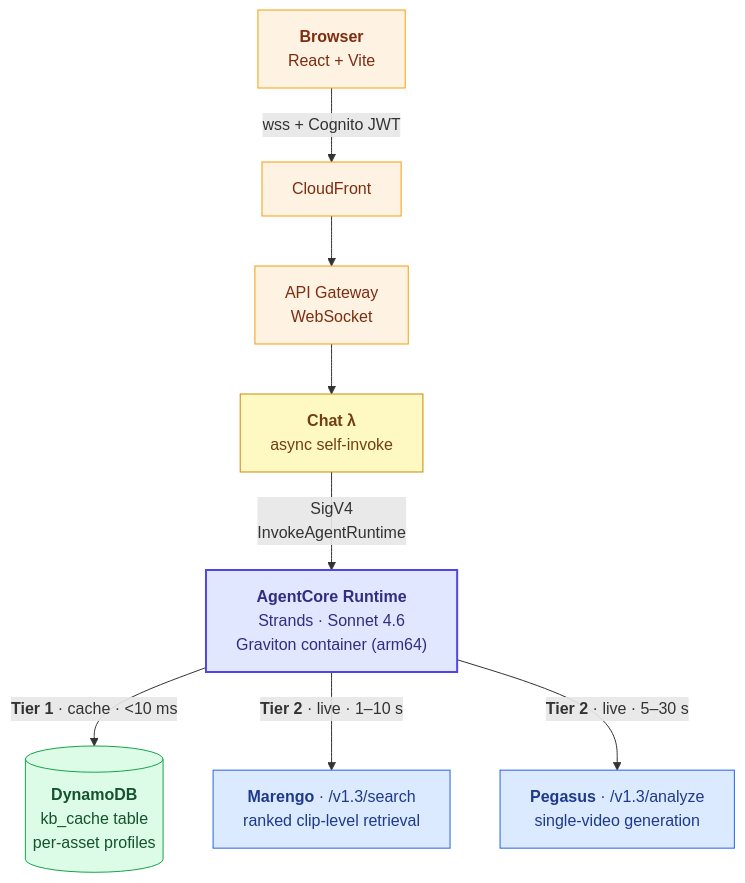
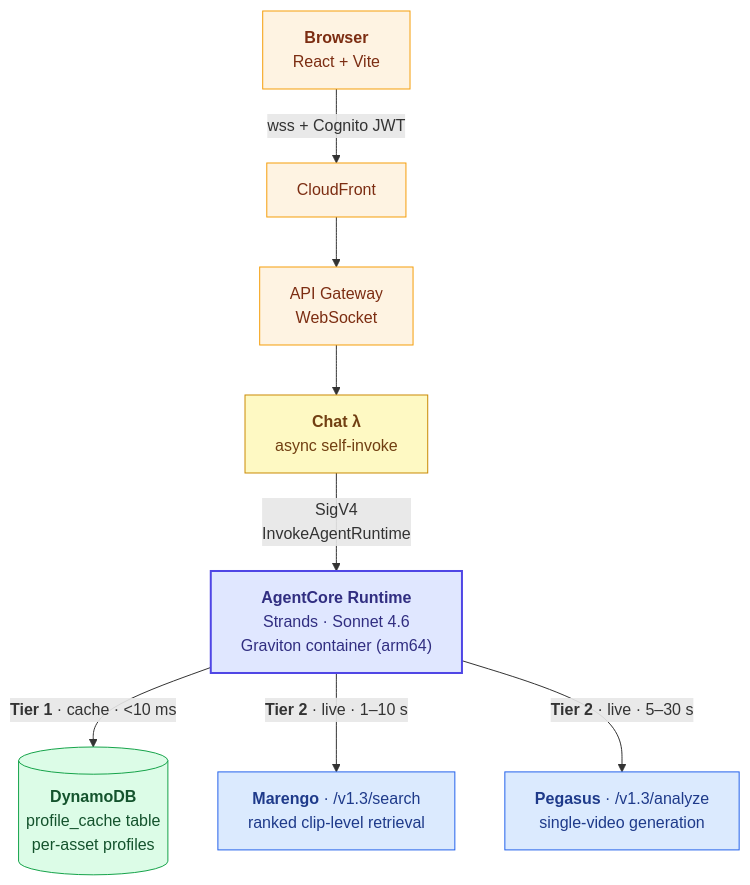
One commit to twelvelabs-io/tl-agentcore changed the first of 3 diagrams in docs/whitepaper.md. Above: the diagram before and after it, drawn with Mermaid. The commit also changed other lines of this file and 16 other files, not shown here.

First line of the commit message:
Rename kb_cache → profile_cache everywhere

````diff
--- a/docs/whitepaper.md
+++ b/docs/whitepaper.md
@@ -51,31 +51,31 @@
 ```mermaid
 flowchart TD
     Browser["<b>Browser</b><br/>React + Vite"]
     CF["CloudFront"]
     WS["API Gateway<br/>WebSocket"]
     Chat["<b>Chat λ</b><br/>async self-invoke"]
     Runtime["<b>AgentCore Runtime</b><br/>Strands · Sonnet 4.6<br/>Graviton container (arm64)"]
-    Cache[("<b>DynamoDB</b><br/>kb_cache table<br/>per-asset profiles")]
+    Cache[("<b>DynamoDB</b><br/>profile_cache table<br/>per-asset profiles")]
     Marengo["<b>Marengo</b> · /v1.3/search<br/>ranked clip-level retrieval"]
     Pegasus["<b>Pegasus</b> · /v1.3/analyze<br/>single-video generation"]
 
     Browser -- "wss + Cognito JWT" --> CF
     CF --> WS
     WS --> Chat
     Chat -- "SigV4<br/>InvokeAgentRuntime" --> Runtime
     Runtime -- "<b>Tier 1</b> · cache · &lt;10 ms" --> Cache
     Runtime -- "<b>Tier 2</b> · live · 1–10 s" --> Marengo
     Runtime -- "<b>Tier 2</b> · live · 5–30 s" --> Pegasus
 
     classDef edge    fill:#fef3e2,stroke:#f59e0b,stroke-width:1px,color:#7c2d12
     classDef compute fill:#fef9c3,stroke:#ca8a04,stroke-width:1px,color:#713f12
     classDef hero    fill:#e0e7ff,stroke:#4f46e5,stroke-width:2px,color:#312e81
     classDef tier1   fill:#dcfce7,stroke:#16a34a,stroke-width:1px,color:#14532d
     classDef tier2   fill:#dbeafe,stroke:#2563eb,stroke-width:1px,color:#1e3a8a
 
     class Browser,CF,WS edge
     class Chat compute
     class Runtime hero
     class Cache tier1
     class Marengo,Pegasus tier2
 ```
````
